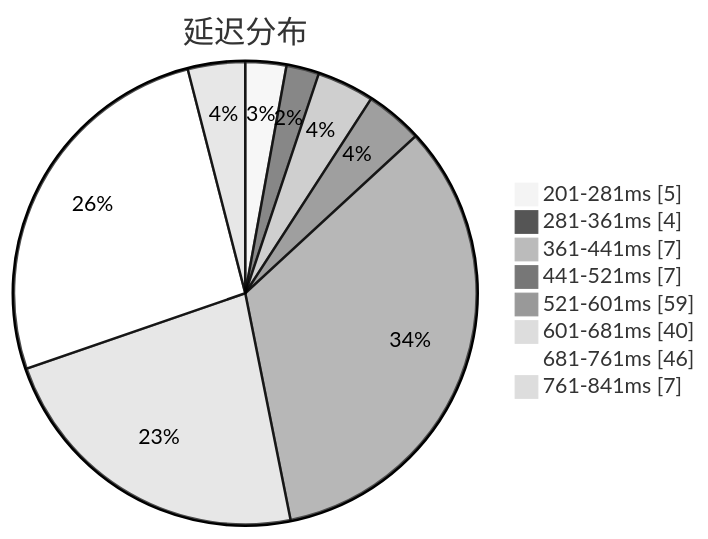
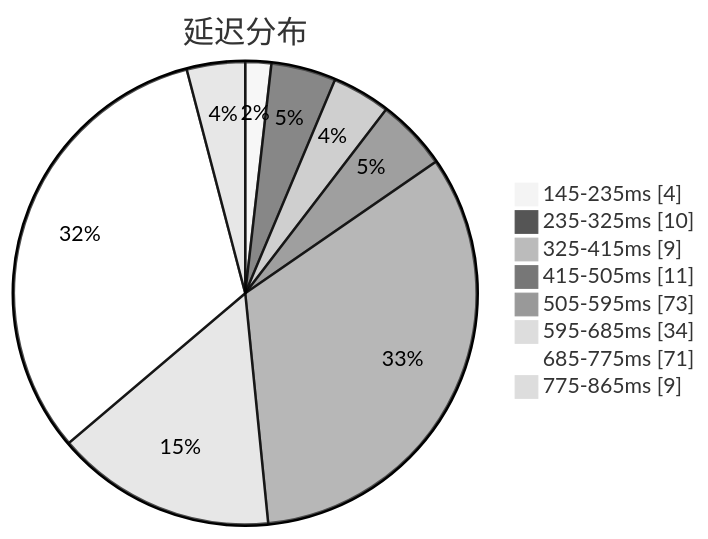
One commit to sinspired/airport changed the first of 3 diagrams in subs/statistics/tested_within.md. Above: the diagram before and after it, drawn with Mermaid (neutral theme). The commit also changed other lines of this file and 2 other files, not shown here.

````diff
--- a/subs/statistics/tested_within.md
+++ b/subs/statistics/tested_within.md
@@ -2,12 +2,12 @@
 ```mermaid
 pie showData
 title 延迟分布
-"201-281ms" : 5
-"281-361ms" : 4
-"361-441ms" : 7
-"441-521ms" : 7
-"521-601ms" : 59
-"601-681ms" : 40
-"681-761ms" : 46
-"761-841ms" : 7
+"145-235ms" : 4
+"235-325ms" : 10
+"325-415ms" : 9
+"415-505ms" : 11
+"505-595ms" : 73
+"595-685ms" : 34
+"685-775ms" : 71
+"775-865ms" : 9
 ```
````
